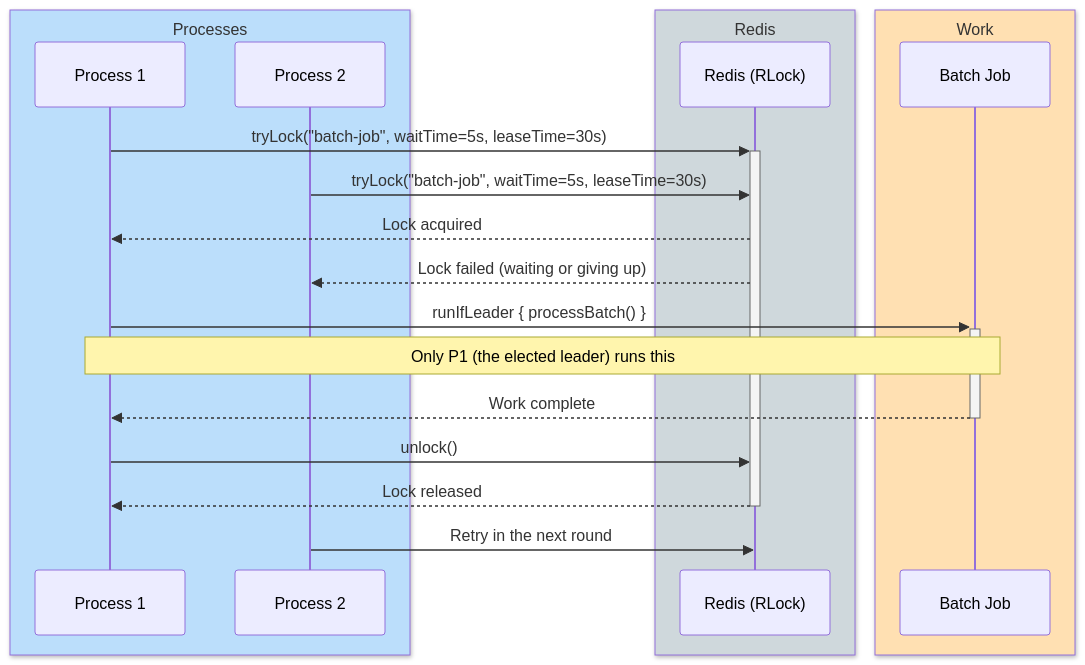
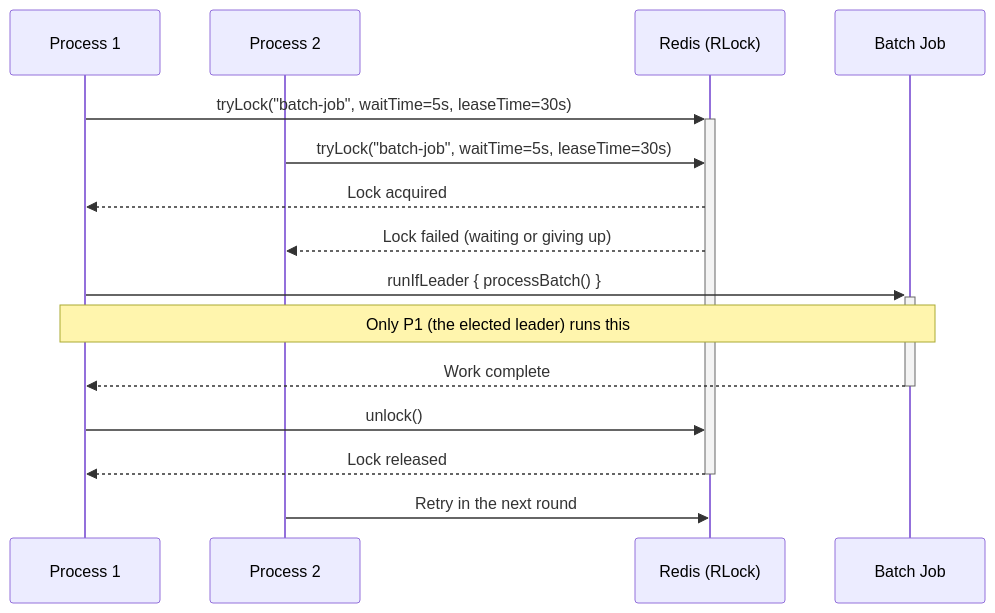
The second of 4 diagrams in infra/redisson/README.md (bluetape4k/bluetape4k-projects), drawn with Mermaid before and after one commit. The commit also changed other lines of this file and 219 other files, not shown here.

First line of the commit message:
docs: 전체 README Mermaid 다이어그램 가이드 적용

````diff
--- a/infra/redisson/README.md
+++ b/infra/redisson/README.md
@@ -377,26 +377,20 @@
 ```mermaid
 sequenceDiagram
-    box rgb(187,222,251) Processes
     participant P1 as Process 1
     participant P2 as Process 2
-    end
-    box rgb(207,216,220) Redis
     participant Redis as Redis (RLock)
-    end
-    box rgb(255,224,178) Work
     participant Job as Batch Job
-    end
 
     P1->>+Redis: tryLock("batch-job", waitTime=5s, leaseTime=30s)
     P2->>Redis: tryLock("batch-job", waitTime=5s, leaseTime=30s)
     Redis-->>P1: Lock acquired
     Redis-->>P2: Lock failed (waiting or giving up)
 
     P1->>+Job: runIfLeader { processBatch() }
     Note over P1,Job: Only P1 (the elected leader) runs this
     Job-->>-P1: Work complete
     P1->>Redis: unlock()
     Redis-->>-P1: Lock released
 
     P2->>Redis: Retry in the next round
 ```
````
